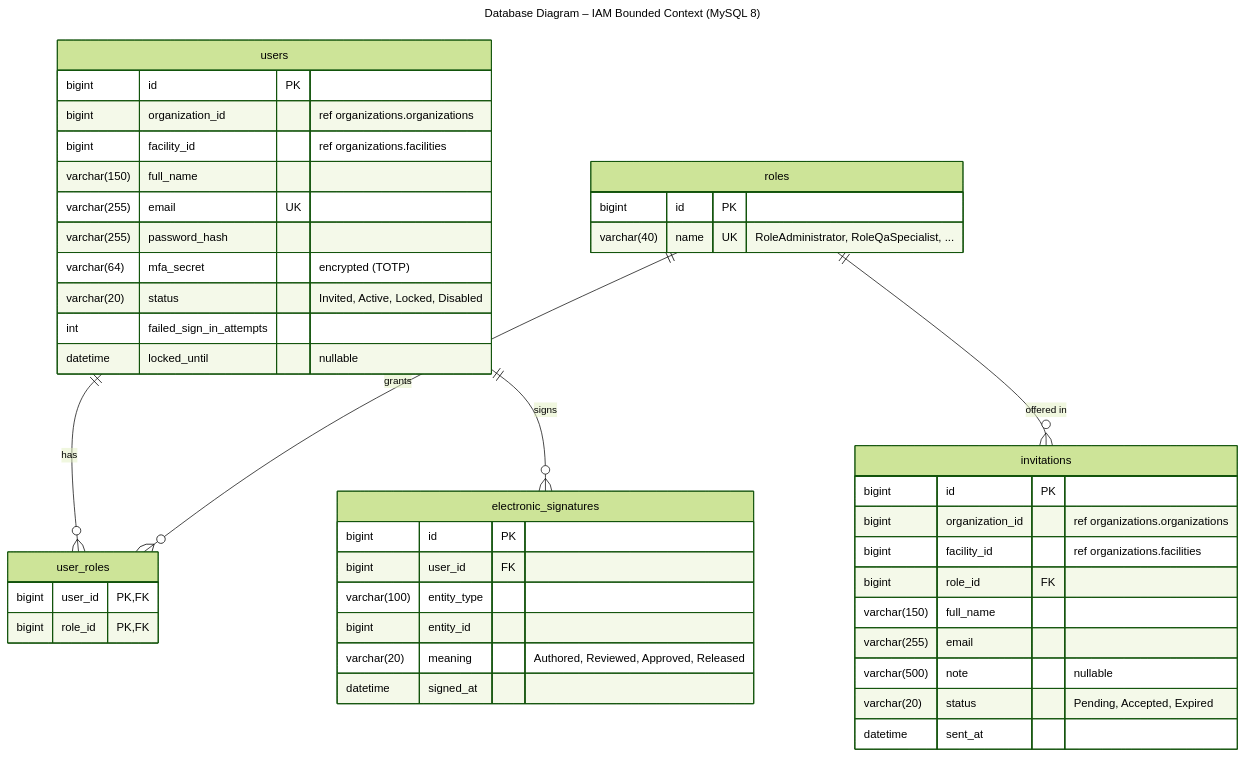
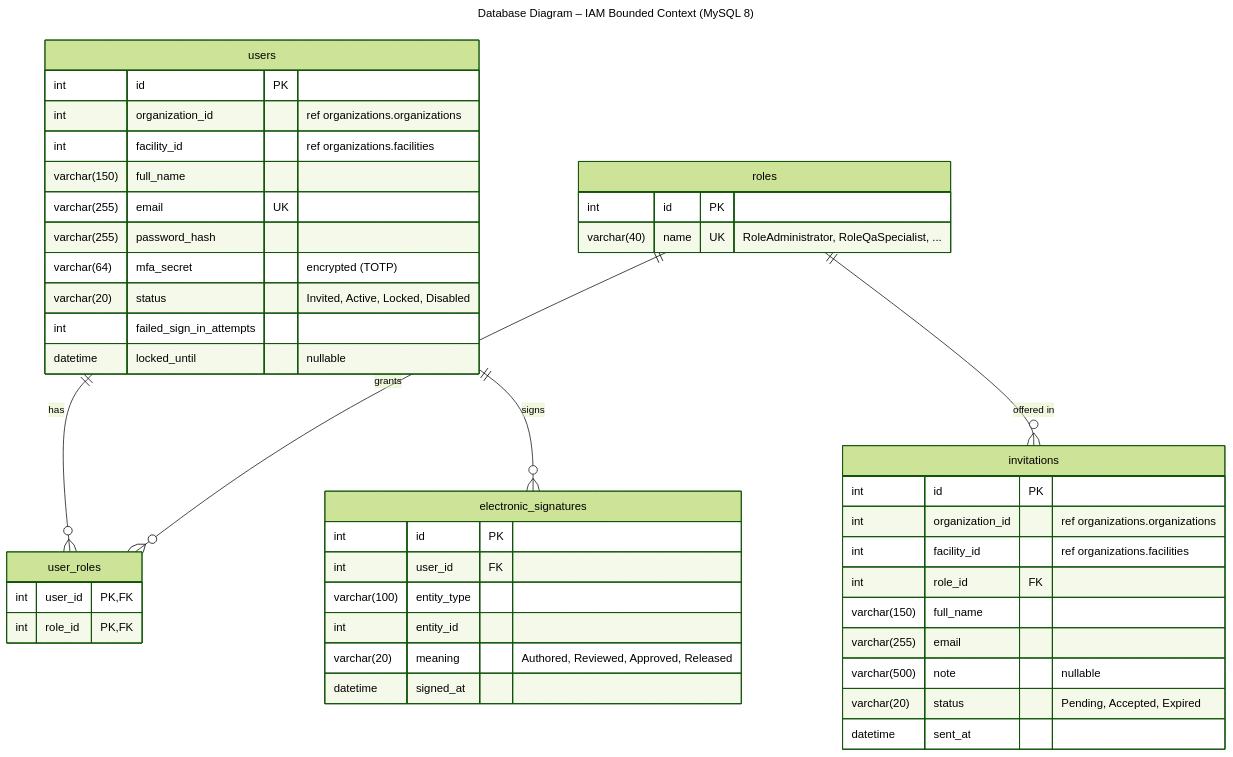
The diagram in assets/diagrams/mermaid/db-01-iam.mmd (IngesCompanyCC/doofplus-report), drawn with Mermaid (forest theme) before and after one commit. The commit also changed 24 other files, not shown here.

Commit message:
fix(diagrams): use int ids and add the manufacturing columns the backend already has

```diff
--- a/assets/diagrams/mermaid/db-01-iam.mmd
+++ b/assets/diagrams/mermaid/db-01-iam.mmd
@@ -1,47 +1,47 @@
 ---
 title: "Database Diagram – IAM Bounded Context (MySQL 8)"
 ---
 erDiagram
   users {
-    bigint id PK
-    bigint organization_id "ref organizations.organizations"
-    bigint facility_id "ref organizations.facilities"
+    int id PK
+    int organization_id "ref organizations.organizations"
+    int facility_id "ref organizations.facilities"
     varchar(150) full_name
     varchar(255) email UK
     varchar(255) password_hash
     varchar(64) mfa_secret "encrypted (TOTP)"
     varchar(20) status "Invited, Active, Locked, Disabled"
     int failed_sign_in_attempts
     datetime locked_until "nullable"
   }
   roles {
-    bigint id PK
+    int id PK
     varchar(40) name UK "RoleAdministrator, RoleQaSpecialist, ..."
   }
   user_roles {
-    bigint user_id PK, FK
-    bigint role_id PK, FK
+    int user_id PK, FK
+    int role_id PK, FK
   }
   invitations {
-    bigint id PK
-    bigint organization_id "ref organizations.organizations"
-    bigint facility_id "ref organizations.facilities"
-    bigint role_id FK
+    int id PK
+    int organization_id "ref organizations.organizations"
+    int facility_id "ref organizations.facilities"
+    int role_id FK
     varchar(150) full_name
     varchar(255) email
     varchar(500) note "nullable"
     varchar(20) status "Pending, Accepted, Expired"
     datetime sent_at
   }
   electronic_signatures {
-    bigint id PK
-    bigint user_id FK
+    int id PK
+    int user_id FK
     varchar(100) entity_type
-    bigint entity_id
+    int entity_id
     varchar(20) meaning "Authored, Reviewed, Approved, Released"
     datetime signed_at
   }
   users ||--o{ user_roles : "has"
   roles ||--o{ user_roles : "grants"
   roles ||--o{ invitations : "offered in"
   users ||--o{ electronic_signatures : "signs"
```
